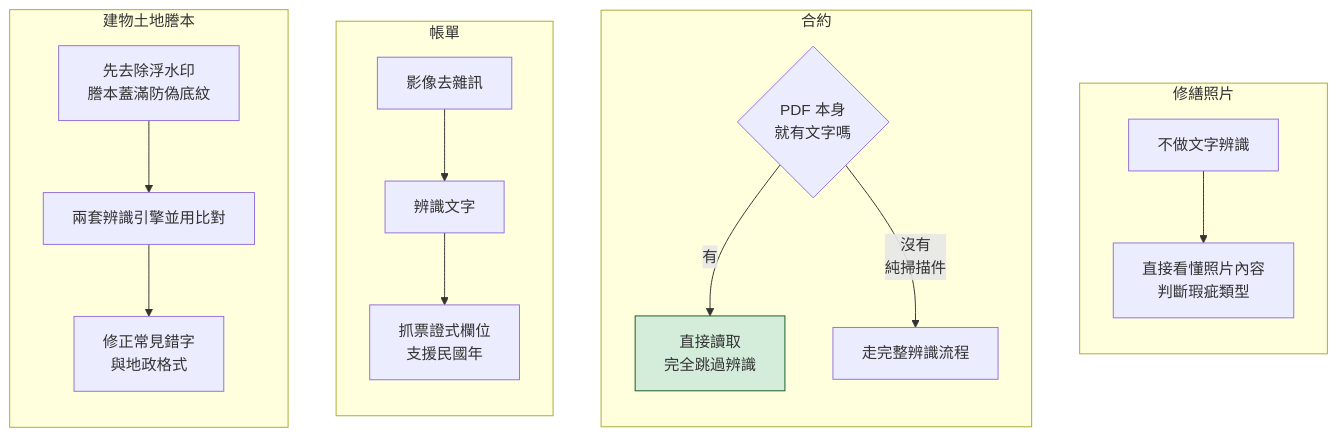
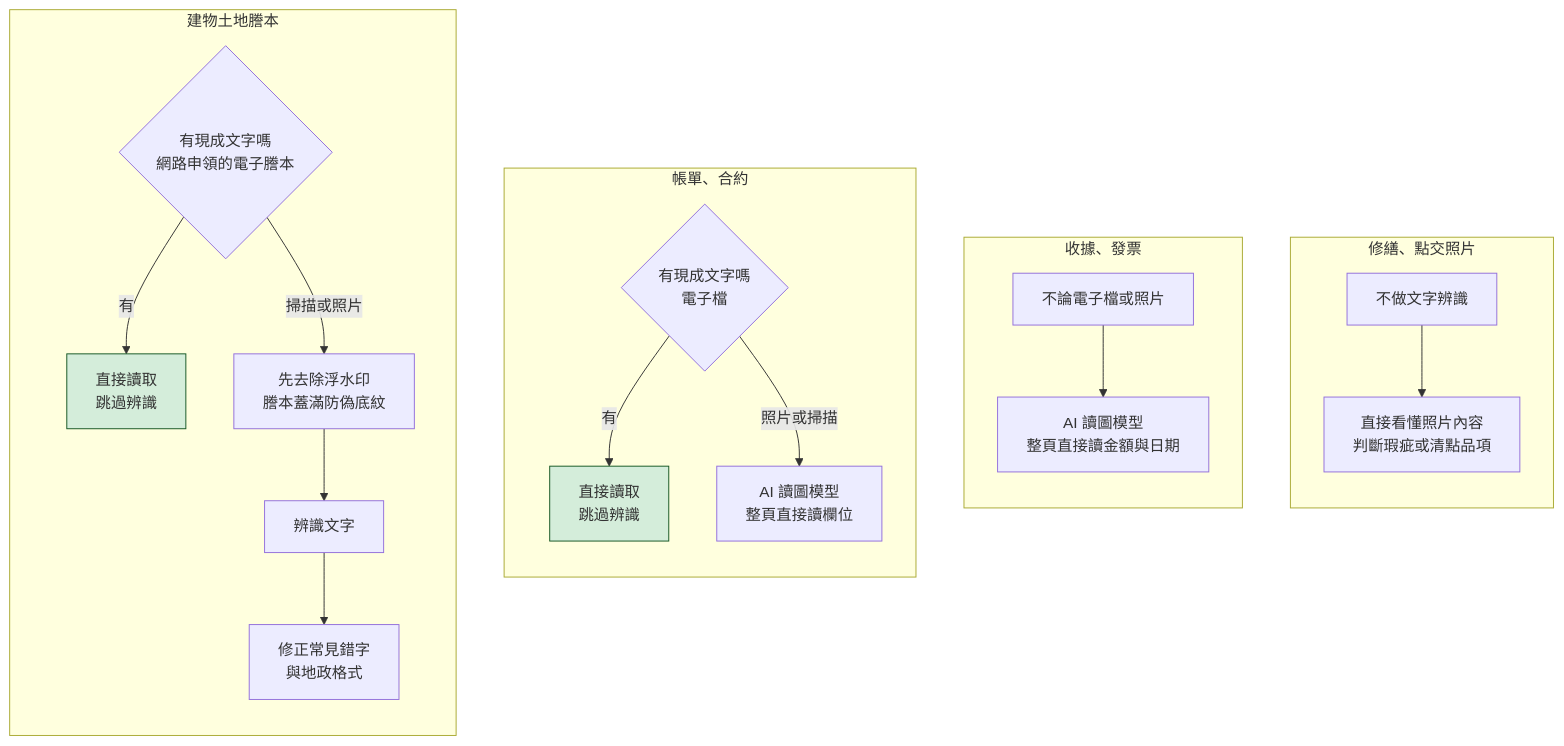
Before and after one commit to welch79328/DocuMind: the second of 3 diagrams in docs/OCR_FLOW_FOR_MARKETING.md, drawn with Mermaid. The commit also changed other lines of this file and 21 other files, not shown here.

````diff
--- a/docs/OCR_FLOW_FOR_MARKETING.md
+++ b/docs/OCR_FLOW_FOR_MARKETING.md
@@ -67,25 +70,27 @@
 ```mermaid
 flowchart LR
     subgraph T["建物土地謄本"]
-        T1["先去除浮水印<br/>謄本蓋滿防偽底紋"] --> T2["兩套辨識引擎並用比對"] --> T3["修正常見錯字<br/>與地政格式"]
+        T1{"有現成文字嗎<br/>網路申領的電子謄本"} -->|"有"| T2["直接讀取<br/>跳過辨識"]
+        T1 -->|"掃描或照片"| T3["先去除浮水印<br/>謄本蓋滿防偽底紋"] --> T4["辨識文字"] --> T5["修正常見錯字<br/>與地政格式"]
     end
 
-    subgraph B["帳單"]
-        B1["影像去雜訊"] --> B2["辨識文字"] --> B3["抓票證式欄位<br/>支援民國年"]
+    subgraph D["帳單、合約"]
+        D1{"有現成文字嗎<br/>電子檔"} -->|"有"| D2["直接讀取<br/>跳過辨識"]
+        D1 -->|"照片或掃描"| D3["AI 讀圖模型<br/>整頁直接讀欄位"]
     end
 
-    subgraph C["合約"]
-        C1{"PDF 本身<br/>就有文字嗎"} -->|"有"| C2["直接讀取<br/>完全跳過辨識"]
-        C1 -->|"沒有<br/>純掃描件"| C3["走完整辨識流程"]
+    subgraph R["收據、發票"]
+        R1["不論電子檔或照片"] --> R2["AI 讀圖模型<br/>整頁直接讀金額與日期"]
     end
 
-    subgraph R["修繕照片"]
-        R1["不做文字辨識"] --> R2["直接看懂照片內容<br/>判斷瑕疵類型"]
+    subgraph P["修繕、點交照片"]
+        P1["不做文字辨識"] --> P2["直接看懂照片內容<br/>判斷瑕疵或清點品項"]
     end
 
-    T ~~~ B
-    B ~~~ C
-    C ~~~ R
+    T ~~~ D
+    D ~~~ R
+    R ~~~ P
 
-    style C2 fill:#d4edda,stroke:#155724
+    style T2 fill:#d4edda,stroke:#155724
+    style D2 fill:#d4edda,stroke:#155724
 ```
````
